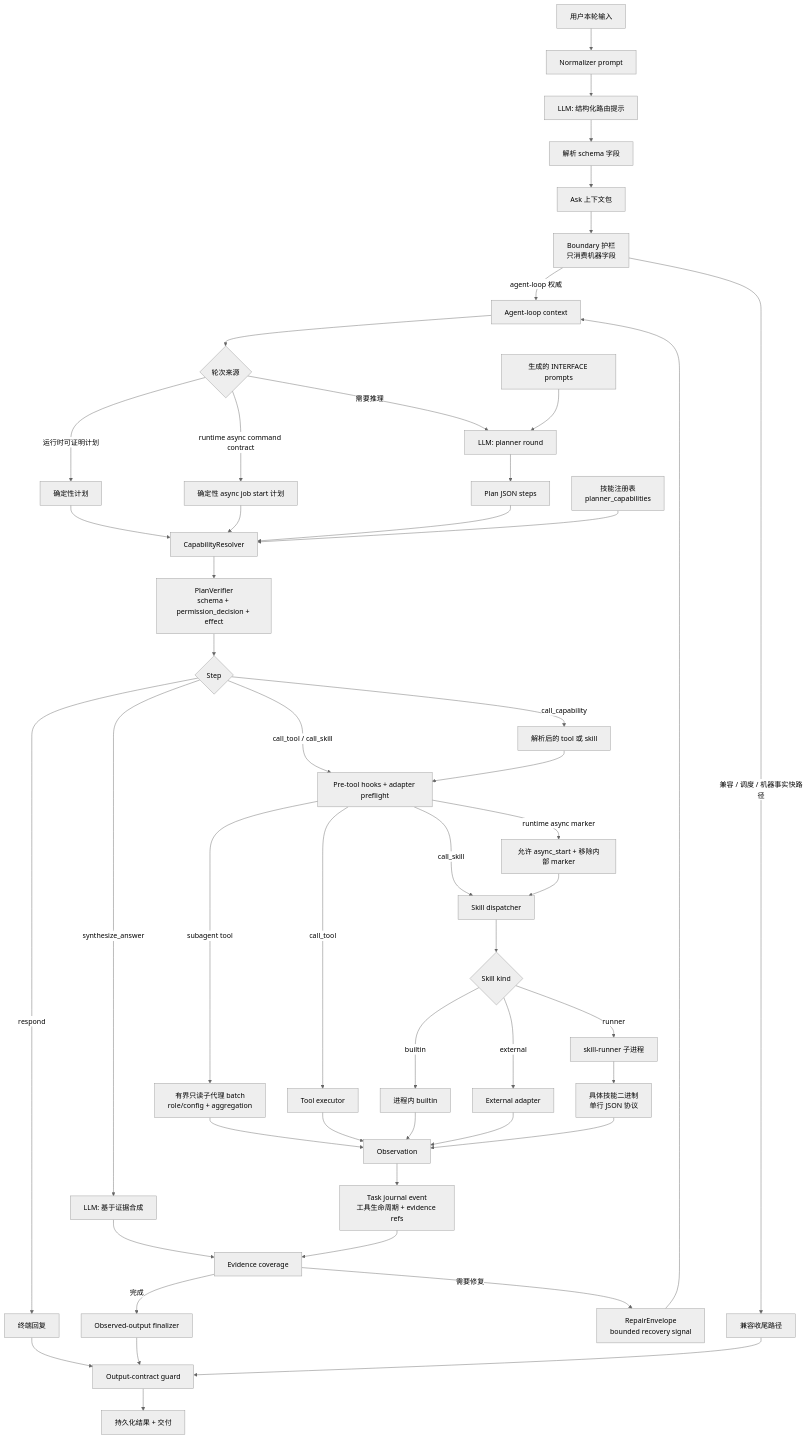
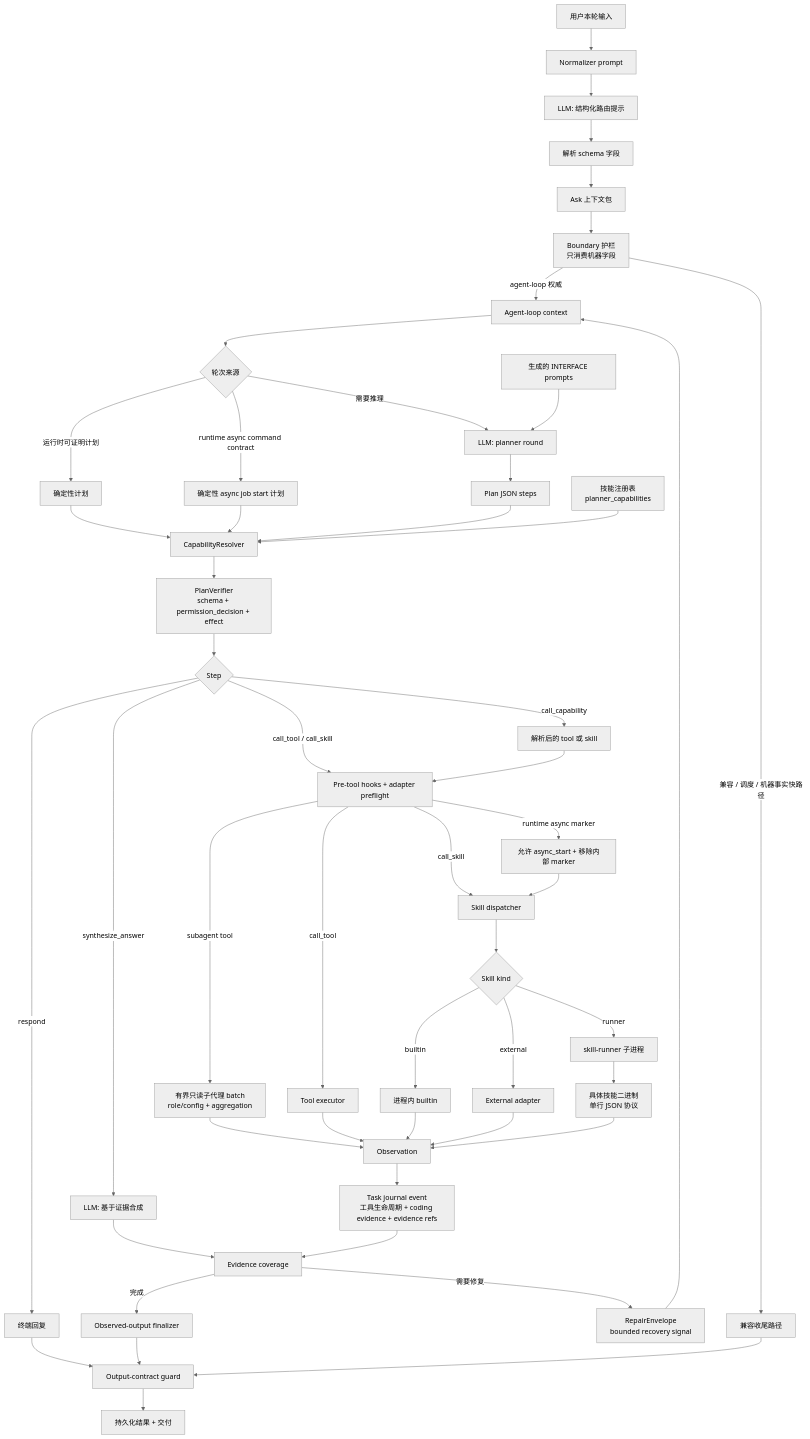
Before and after one commit to MatrixCoreX/RustClaw: the second of 3 diagrams in README.zh-CN.md, drawn with Mermaid (neutral theme). The commit also changed other lines of this file and 1 other file, not shown here.

Commit message:
Document coding evidence task events

````diff
--- a/README.zh-CN.md
+++ b/README.zh-CN.md
@@ -120,52 +120,52 @@
 ```mermaid
 flowchart TD
     A[用户本轮输入] --> B[Normalizer prompt]
     B --> C[LLM: 结构化路由提示]
     C --> D[解析 schema 字段]
     D --> E[Ask 上下文包]
     E --> F[Boundary 护栏<br/>只消费机器字段]
     F -->|agent-loop 权威| G[Agent-loop context]
     F -->|兼容 / 调度 / 机器事实快路径| H[兼容收尾路径]
     G --> I{轮次来源}
     I -->|运行时可证明计划| J[确定性计划]
     I -->|runtime async command contract| JA[确定性 async job start 计划]
     I -->|需要推理| K[LLM: planner round]
     K --> L[Plan JSON steps]
     J --> M[CapabilityResolver]
     JA --> M
     L --> M
     N[技能注册表<br/>planner_capabilities] --> M
     O[生成的 INTERFACE prompts] --> K
     M --> P[PlanVerifier<br/>schema + permission_decision + effect]
     P --> Q{Step}
     Q -->|call_capability| R[解析后的 tool 或 skill]
     Q -->|call_tool / call_skill| QA[Pre-tool hooks + adapter preflight]
     R --> QA
     QA -->|runtime async marker| AR[允许 async_start + 移除内部 marker]
     QA -->|subagent tool| SS[有界只读子代理 batch<br/>role/config + aggregation]
     QA -->|call_tool| S[Tool executor]
     QA -->|call_skill| T[Skill dispatcher]
     AR --> T
     T --> U{Skill kind}
     U -->|builtin| V[进程内 builtin]
     U -->|external| W[External adapter]
     U -->|runner| X[skill-runner 子进程]
     X --> Y[具体技能二进制<br/>单行 JSON 协议]
     SS --> Z
     S --> Z[Observation]
     V --> Z
     W --> Z
     Y --> Z
-    Z --> ZEV[Task journal event<br/>工具生命周期 + evidence refs]
+    Z --> ZEV[Task journal event<br/>工具生命周期 + coding evidence + evidence refs]
     Q -->|synthesize_answer| ZA[LLM: 基于证据合成]
     Q -->|respond| ZB[终端回复]
     ZA --> ZC[Evidence coverage]
     ZEV --> ZC
     ZC -->|需要修复| ZR[RepairEnvelope<br/>bounded recovery signal]
     ZR --> G
     ZC -->|完成| ZD[Observed-output finalizer]
     ZB --> ZE[Output-contract guard]
     ZD --> ZE
     H --> ZE
     ZE --> ZF[持久化结果 + 交付]
 ```
````
